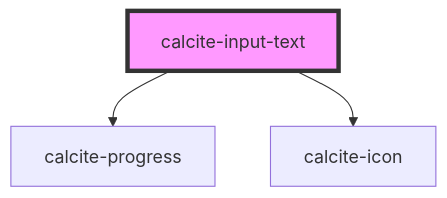
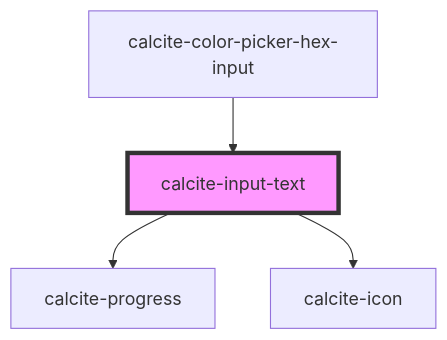
One commit to vikivakarvc/calcite-design-system changed the diagram in packages/calcite-components/src/components/input-text/readme.md. Above: the diagram before and after it, drawn with Mermaid. The commit also changed other lines of this file and 91 other files, not shown here.

````diff
--- a/packages/calcite-components/src/components/input-text/readme.md
+++ b/packages/calcite-components/src/components/input-text/readme.md
@@ -75,6 +88,7 @@
 ```mermaid
 graph TD;
   calcite-input-text --> calcite-progress
   calcite-input-text --> calcite-icon
+  calcite-color-picker-hex-input --> calcite-input-text
   style calcite-input-text fill:#f9f,stroke:#333,stroke-width:4px
 ```
````
